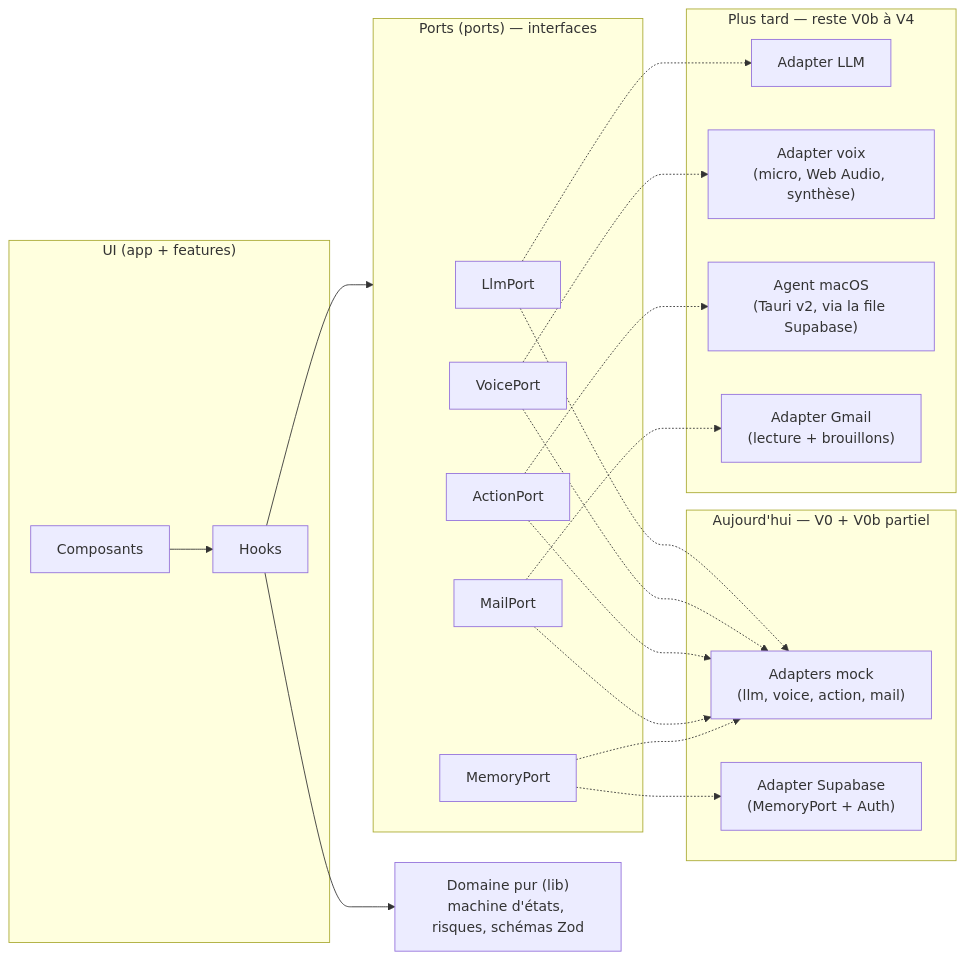
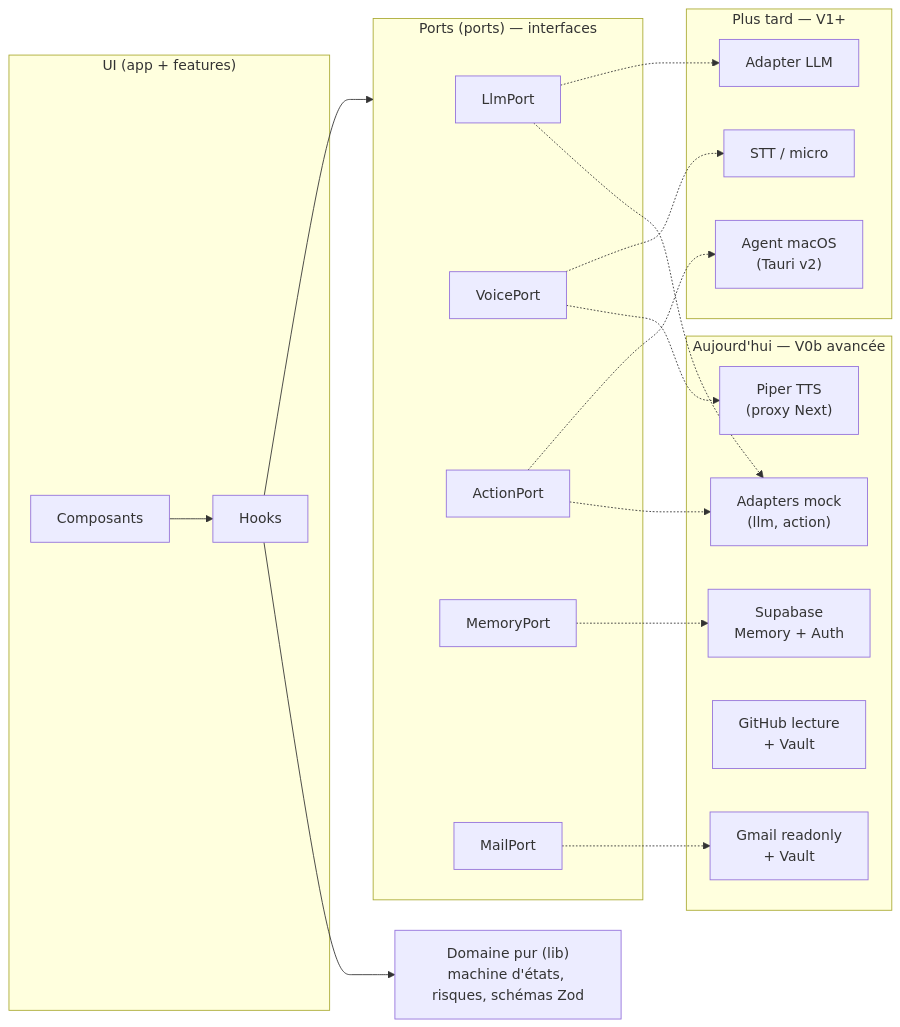
One commit to Estime10/wake-up-JARVIS changed the diagram in README.md. Above: the diagram before and after it, drawn with Mermaid. The commit also changed other lines of this file and 8 other files, not shown here.

First line of the commit message:
docs: ADR 0013, synthèse feature/api et lockdown GraphQL

````diff
--- a/README.md
+++ b/README.md
@@ -89,43 +91,43 @@
 ```mermaid
 flowchart LR
   subgraph UI["UI (app + features)"]
     C[Composants] --> H[Hooks]
   end
 
   H --> P
 
   subgraph P["Ports (ports) — interfaces"]
     LLM[LlmPort]
     VOICE[VoicePort]
     ACTION[ActionPort]
     MEM[MemoryPort]
     MAIL[MailPort]
   end
 
   D["Domaine pur (lib)<br/>machine d'états, risques, schémas Zod"]
   H --> D
 
-  subgraph NOW["Aujourd'hui — V0 + V0b partiel"]
-    MOCK["Adapters mock<br/>(llm, voice, action, mail)"]
-    SUPA_MEM["Adapter Supabase<br/>(MemoryPort + Auth)"]
+  subgraph NOW["Aujourd'hui — V0b avancée"]
+    MOCK["Adapters mock<br/>(llm, action)"]
+    SUPA_MEM["Supabase<br/>Memory + Auth"]
+    GMAIL_NOW["Gmail readonly<br/>+ Vault"]
+    GH_NOW["GitHub lecture<br/>+ Vault"]
+    VOICE_NOW["Piper TTS<br/>(proxy Next)"]
   end
 
-  subgraph LATER["Plus tard — reste V0b à V4"]
+  subgraph LATER["Plus tard — V1+"]
     LLMA["Adapter LLM"]
-    VOICEA["Adapter voix<br/>(micro, Web Audio, synthèse)"]
-    AGENT["Agent macOS<br/>(Tauri v2, via la file Supabase)"]
-    GMAIL["Adapter Gmail<br/>(lecture + brouillons)"]
+    VOICEA["STT / micro"]
+    AGENT["Agent macOS<br/>(Tauri v2)"]
   end
 
   LLM -.-> MOCK
-  VOICE -.-> MOCK
+  VOICE -.-> VOICE_NOW
   ACTION -.-> MOCK
-  MAIL -.-> MOCK
+  MAIL -.-> GMAIL_NOW
   MEM -.-> SUPA_MEM
-  MEM -.-> MOCK
 
   LLM -.-> LLMA
   VOICE -.-> VOICEA
   ACTION -.-> AGENT
-  MAIL -.-> GMAIL
 ```
````
